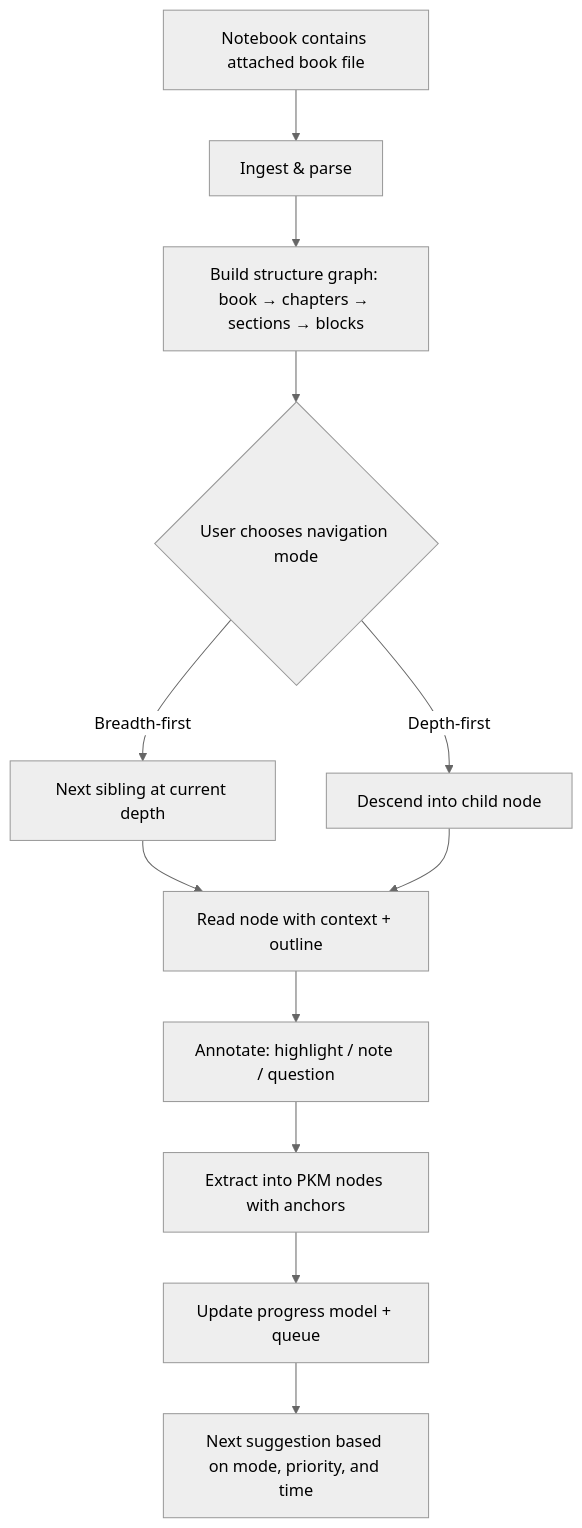
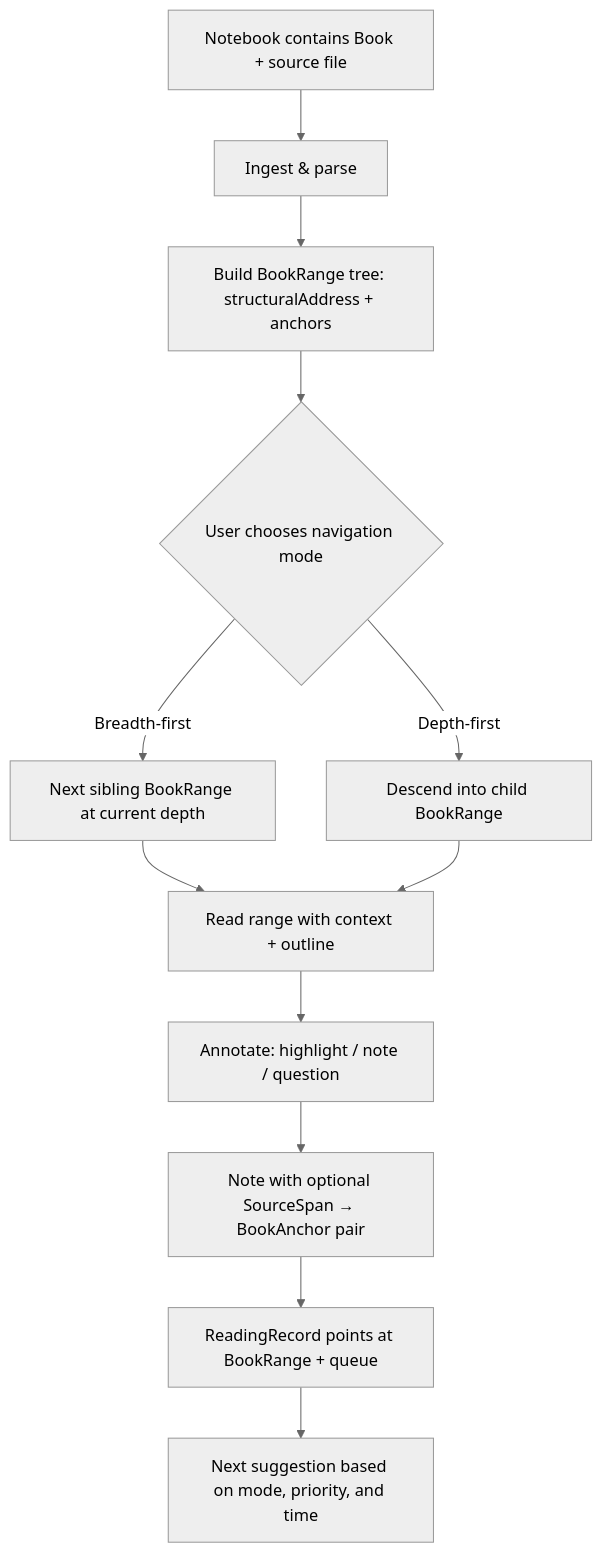
One commit to nerds-odd-e/doughnut changed the diagram in ongoing/book-reading-research-report.md. Above: the diagram before and after it, drawn with Mermaid (neutral theme). The commit also changed other lines of this file and 1 other file, not shown here.

First line of the commit message:
feat(report): enhance book-reading research report with architectural insights and clarify navigation model

````diff
--- a/ongoing/book-reading-research-report.md
+++ b/ongoing/book-reading-research-report.md
@@ -56,14 +58,14 @@
 ```mermaid
 flowchart TD
-  A[Notebook contains attached book file] --> B[Ingest & parse]
-  B --> C[Build structure graph: book → chapters → sections → blocks]
+  A[Notebook contains Book + source file] --> B[Ingest & parse]
+  B --> C[Build BookRange tree: structuralAddress + anchors]
   C --> D{User chooses navigation mode}
-  D -->|Breadth-first| E[Next sibling at current depth]
-  D -->|Depth-first| F[Descend into child node]
-  E --> G[Read node with context + outline]
+  D -->|Breadth-first| E[Next sibling BookRange at current depth]
+  D -->|Depth-first| F[Descend into child BookRange]
+  E --> G[Read range with context + outline]
   F --> G
   G --> H[Annotate: highlight / note / question]
-  H --> I[Extract into PKM nodes with anchors]
-  I --> J[Update progress model + queue]
+  H --> I[Note with optional SourceSpan → BookAnchor pair]
+  I --> J[ReadingRecord points at BookRange + queue]
   J --> K[Next suggestion based on mode, priority, and time]
 ```
````
